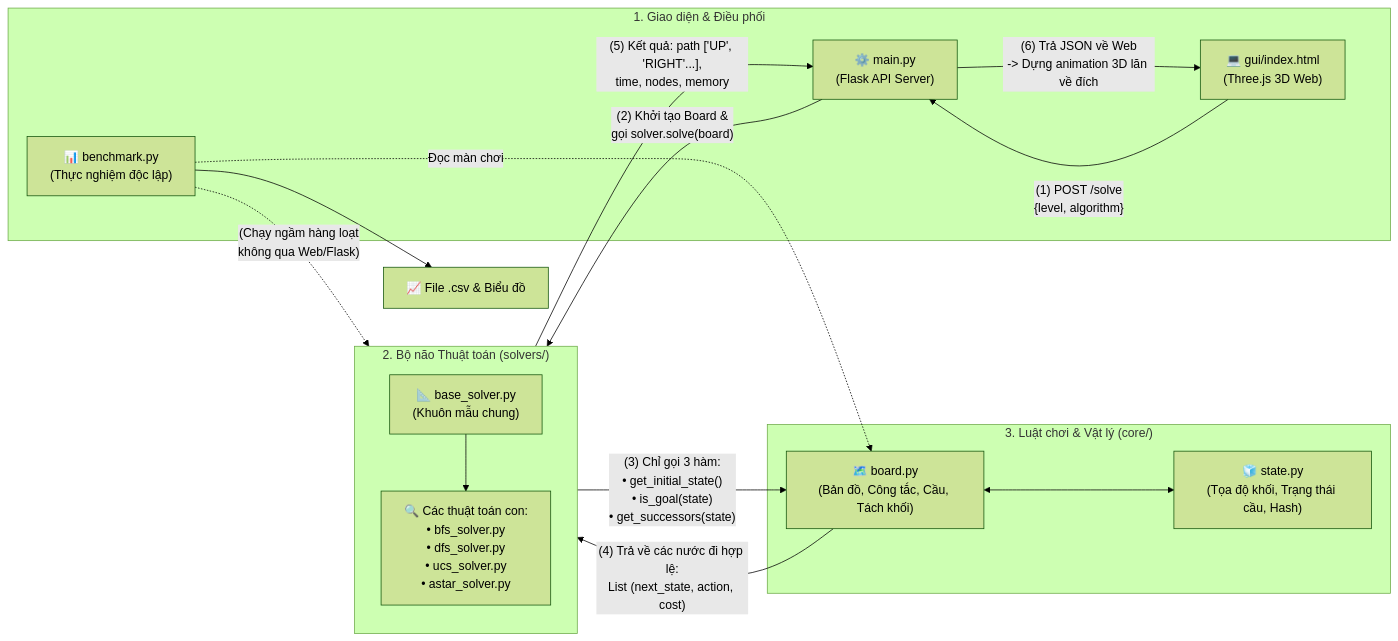
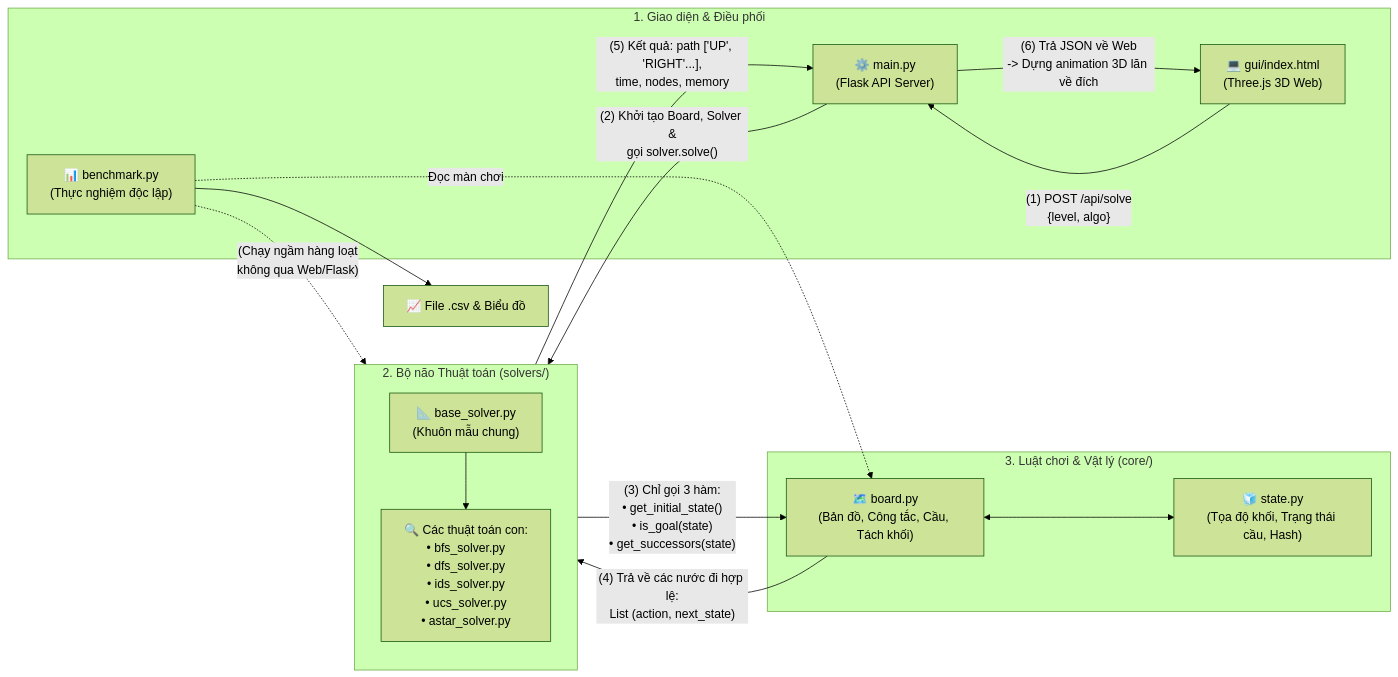
The diagram in README.md (luuluyenmotdongfor/Bloxoz_Project1), drawn with Mermaid (forest theme) before and after one commit. The commit also changed other lines of this file and 4 other files, not shown here.

````diff
--- a/README.md
+++ b/README.md
@@ -324,35 +331,35 @@
 ```mermaid
 flowchart LR
     subgraph Client_Entry ["1. Giao diện & Điều phối"]
         GUI["💻 gui/index.html<br/>(Three.js 3D Web)"]
         API["⚙️ main.py<br/>(Flask API Server)"]
         BENCH["📊 benchmark.py<br/>(Thực nghiệm độc lập)"]
     end
 
     subgraph Solvers_Layer ["2. Bộ não Thuật toán (solvers/)"]
         BASE["📐 base_solver.py<br/>(Khuôn mẫu chung)"]
-        ALGOS["🔍 Các thuật toán con:<br/>• bfs_solver.py<br/>• dfs_solver.py<br/>• ucs_solver.py<br/>• astar_solver.py"]
+        ALGOS["🔍 Các thuật toán con:<br/>• bfs_solver.py<br/>• dfs_solver.py<br/>• ids_solver.py<br/>• ucs_solver.py<br/>• astar_solver.py"]
         BASE --> ALGOS
     end
 
     subgraph Core_Layer ["3. Luật chơi & Vật lý (core/)"]
         BOARD["🗺️ board.py<br/>(Bản đồ, Công tắc, Cầu, Tách khối)"]
         STATE["🧊 state.py<br/>(Tọa độ khối, Trạng thái cầu, Hash)"]
         BOARD <--> STATE
     end
 
     %% Luồng Web Solve
-    GUI -- "(1) POST /solve<br/>{level, algorithm}" --> API
-    API -- "(2) Khởi tạo Board &<br/>gọi solver.solve(board)" --> Solvers_Layer
+    GUI -- "(1) POST /api/solve<br/>{level, algo}" --> API
+    API -- "(2) Khởi tạo Board, Solver &<br/>gọi solver.solve()" --> Solvers_Layer
     Solvers_Layer -- "(5) Kết quả: path ['UP', 'RIGHT'...],<br/>time, nodes, memory" --> API
     API -- "(6) Trả JSON về Web<br/>-> Dựng animation 3D lăn về đích" --> GUI
 
     %% Luồng Giao tiếp Solver - Core
     Solvers_Layer -- "(3) Chỉ gọi 3 hàm:<br/>• get_initial_state()<br/>• is_goal(state)<br/>• get_successors(state)" --> BOARD
-    BOARD -- "(4) Trả về các nước đi hợp lệ:<br/>List (next_state, action, cost)" --> Solvers_Layer
+    BOARD -- "(4) Trả về các nước đi hợp lệ:<br/>List (action, next_state)" --> Solvers_Layer
 
     %% Luồng Benchmark
     BENCH -. "(Chạy ngầm hàng loạt<br/>không qua Web/Flask)" .-> Solvers_Layer
     BENCH -. "Đọc màn chơi" .-> BOARD
     BENCH --> CSV["📈 File .csv & Biểu đồ"]
 ```
````
